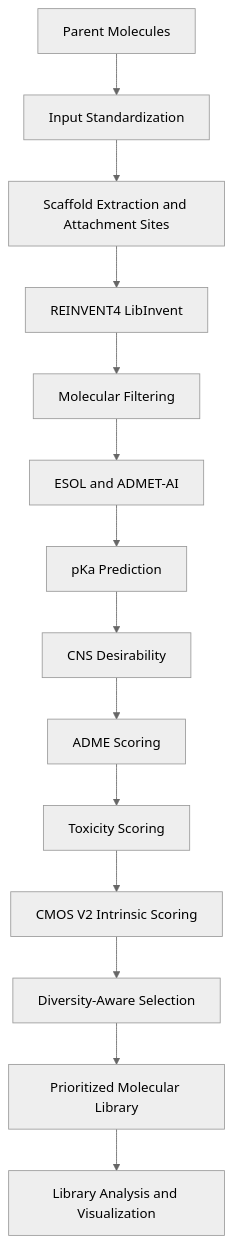
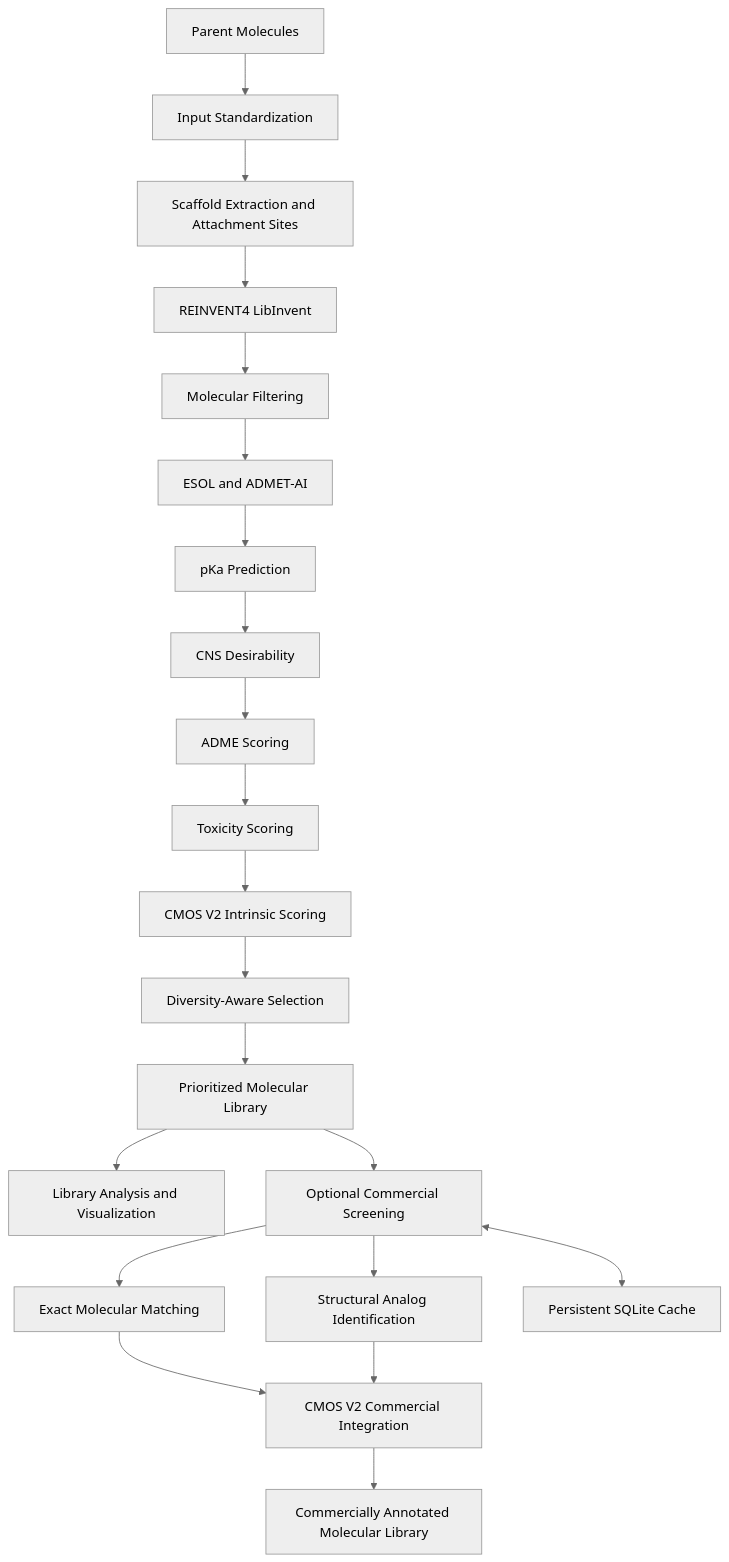
One commit to amir-tagh/REINVENT4-Scaffold-Generator changed the diagram in README.md. Above: the diagram before and after it, drawn with Mermaid (neutral theme). The commit also changed other lines of this file and 16 other files, not shown here.

Commit message:
Release V7: commercial compound screening and CMOS V2 integration

````diff
--- a/README.md
+++ b/README.md
@@ -37,16 +44,23 @@
 ```mermaid
 flowchart TD
     A[Parent Molecules] --> B[Input Standardization]
     B --> C[Scaffold Extraction and Attachment Sites]
     C --> D[REINVENT4 LibInvent]
     D --> E[Molecular Filtering]
     E --> F[ESOL and ADMET-AI]
     F --> G[pKa Prediction]
     G --> H[CNS Desirability]
     H --> I[ADME Scoring]
     I --> J[Toxicity Scoring]
     J --> K[CMOS V2 Intrinsic Scoring]
     K --> L[Diversity-Aware Selection]
     L --> M[Prioritized Molecular Library]
     M --> N[Library Analysis and Visualization]
+    M --> O[Optional Commercial Screening]
+    O --> P[Exact Molecular Matching]
+    O --> Q[Structural Analog Identification]
+    O <--> R[Persistent SQLite Cache]
+    P --> S[CMOS V2 Commercial Integration]
+    Q --> S
+    S --> T[Commercially Annotated Molecular Library]
 ```
````
